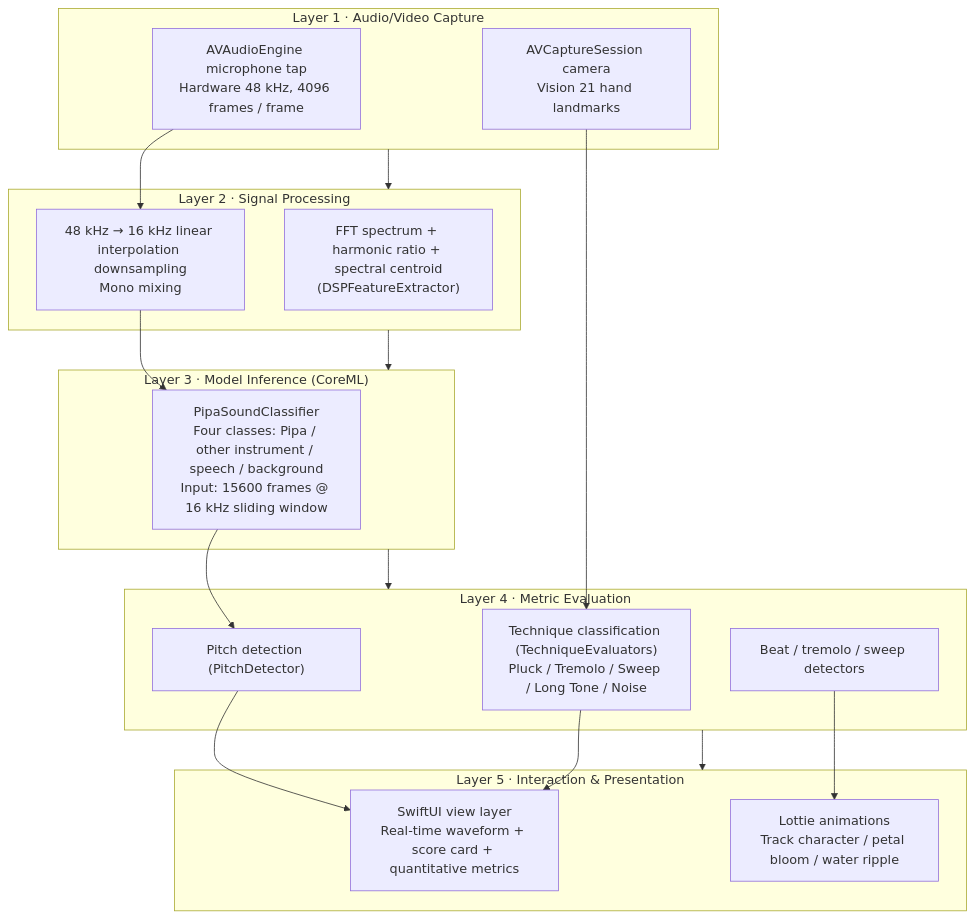
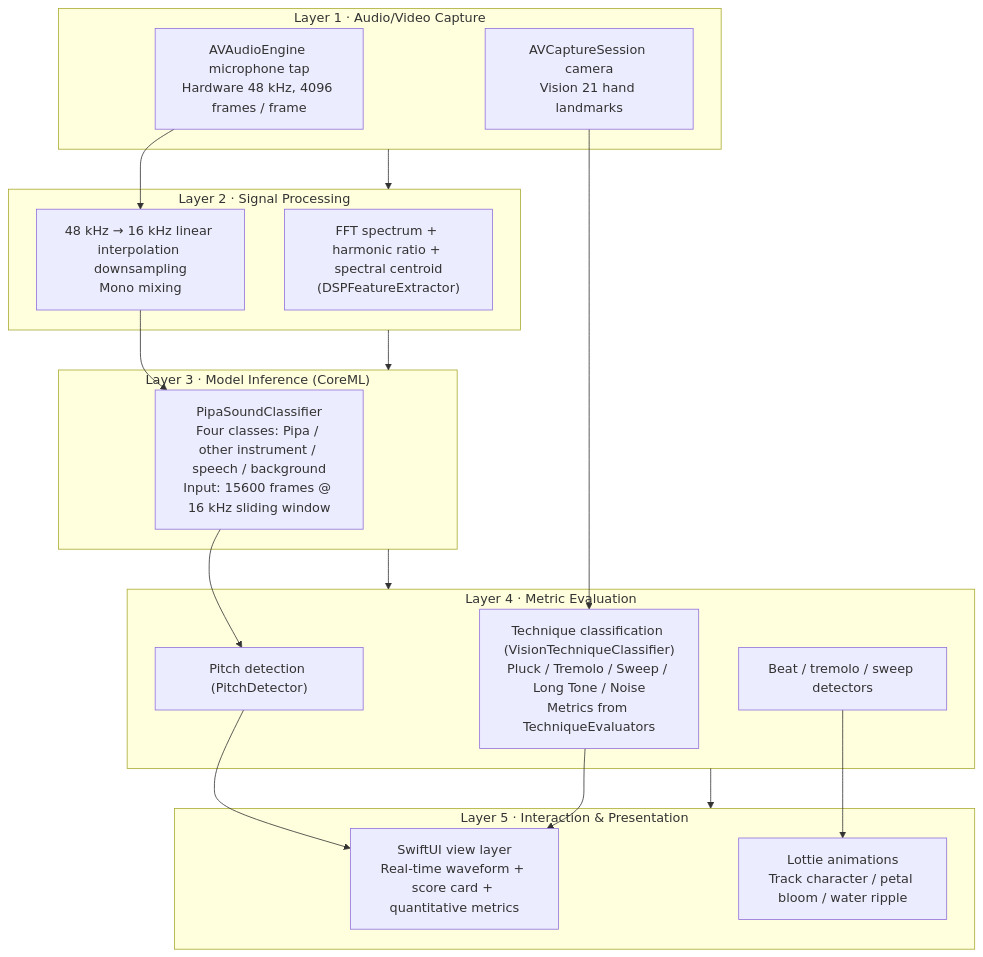
The first of 2 diagrams in README.md (ZehuiWU2009/PluckBuddy-VirtualPipa), drawn with Mermaid before and after one commit. The commit also changed other lines of this file, not shown here.

````diff
--- a/README.md
+++ b/README.md
@@ -118,32 +118,32 @@
 ```mermaid
 flowchart TB
     subgraph L1 ["Layer 1 · Audio/Video Capture"]
         A1["AVAudioEngine microphone tap<br/>Hardware 48 kHz, 4096 frames / frame"]
         A2["AVCaptureSession camera<br/>Vision 21 hand landmarks"]
     end
     subgraph L2 ["Layer 2 · Signal Processing"]
         B1["FFT spectrum + harmonic ratio + spectral centroid<br/>(DSPFeatureExtractor)"]
         B2["48 kHz → 16 kHz linear interpolation downsampling<br/>Mono mixing"]
     end
     subgraph L3 ["Layer 3 · Model Inference (CoreML)"]
         C1["PipaSoundClassifier<br/>Four classes: Pipa / other instrument / speech / background<br/>Input: 15600 frames @ 16 kHz sliding window"]
     end
     subgraph L4 ["Layer 4 · Metric Evaluation"]
         D1["Pitch detection (PitchDetector)"]
         D2["Beat / tremolo / sweep detectors"]
-        D3["Technique classification (TechniqueEvaluators)<br/>Pluck / Tremolo / Sweep / Long Tone / Noise"]
+        D3["Technique classification (VisionTechniqueClassifier)<br/>Pluck / Tremolo / Sweep / Long Tone / Noise<br/>Metrics from TechniqueEvaluators"]
     end
     subgraph L5 ["Layer 5 · Interaction & Presentation"]
         E1["SwiftUI view layer<br/>Real-time waveform + score card + quantitative metrics"]
         E2["Lottie animations<br/>Track character / petal bloom / water ripple"]
     end
 
     L1 --> L2 --> L3 --> L4 --> L5
 
     %% Horizontal details
     A1 --> B2 --> C1 --> D1
     A2 --> D3
     D1 --> E1
     D2 --> E2
     D3 --> E1
 ```
````
